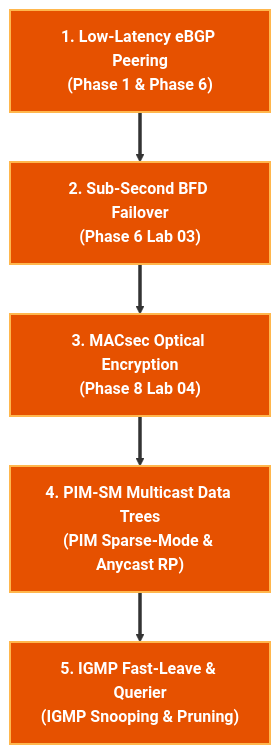
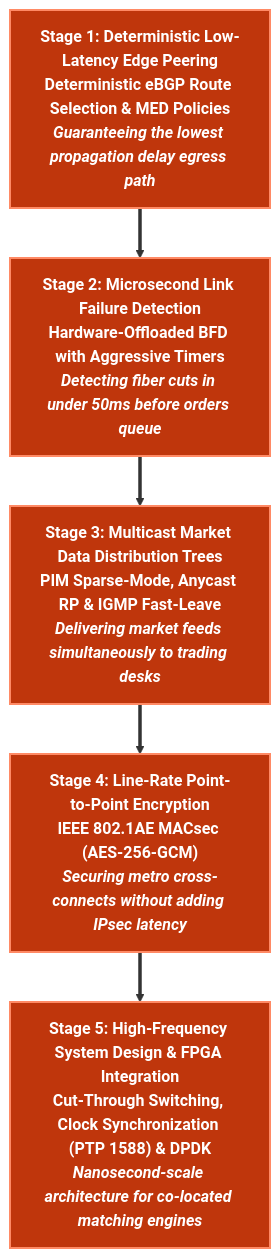
The diagram in docs/tracks/financial-network-engineer.md (etherhtun/netforge-labs), drawn with Mermaid before and after one commit. The commit also changed other lines of this file and 60 other files, not shown here.

````diff
--- a/docs/tracks/financial-network-engineer.md
+++ b/docs/tracks/financial-network-engineer.md
@@ -26,10 +33,13 @@
 ```mermaid
 graph TD
-    F1["1. Low-Latency eBGP Peering<br/>(Phase 1 & Phase 6)"] ==> F2["2. Sub-Second BFD Failover<br/>(Phase 6 Lab 03)"]
-    F2 ==> F3["3. MACsec Optical Encryption<br/>(Phase 8 Lab 04)"]
-    F3 ==> F4["4. PIM-SM Multicast Data Trees<br/>(PIM Sparse-Mode & Anycast RP)"]
-    F4 ==> F5["5. IGMP Fast-Leave & Querier<br/>(IGMP Snooping & Pruning)"]
+    S1["<b>Stage 1: Deterministic Low-Latency Edge Peering</b><br/>Deterministic eBGP Route Selection & MED Policies<br/><i>Guaranteeing the lowest propagation delay egress path</i>"]
+    S2["<b>Stage 2: Microsecond Link Failure Detection</b><br/>Hardware-Offloaded BFD with Aggressive Timers<br/><i>Detecting fiber cuts in under 50ms before orders queue</i>"]
+    S3["<b>Stage 3: Multicast Market Data Distribution Trees</b><br/>PIM Sparse-Mode, Anycast RP & IGMP Fast-Leave<br/><i>Delivering market feeds simultaneously to trading desks</i>"]
+    S4["<b>Stage 4: Line-Rate Point-to-Point Encryption</b><br/>IEEE 802.1AE MACsec (AES-256-GCM)<br/><i>Securing metro cross-connects without adding IPsec latency</i>"]
+    S5["<b>Stage 5: High-Frequency System Design & FPGA Integration</b><br/>Cut-Through Switching, Clock Synchronization (PTP 1588) & DPDK<br/><i>Nanosecond-scale architecture for co-located matching engines</i>"]
 
-    classDef hft fill:#e65100,stroke:#ffb74d,color:#ffffff,stroke-width:2px,font-weight:bold;
-    class F1,F2,F3,F4,F5 hft;
+    S1 ==> S2 ==> S3 ==> S4 ==> S5
+
+    classDef hft fill:#bf360c,stroke:#ff8a65,color:#ffffff,stroke-width:2px,font-weight:bold;
+    class S1,S2,S3,S4,S5 hft;
 ```
````
